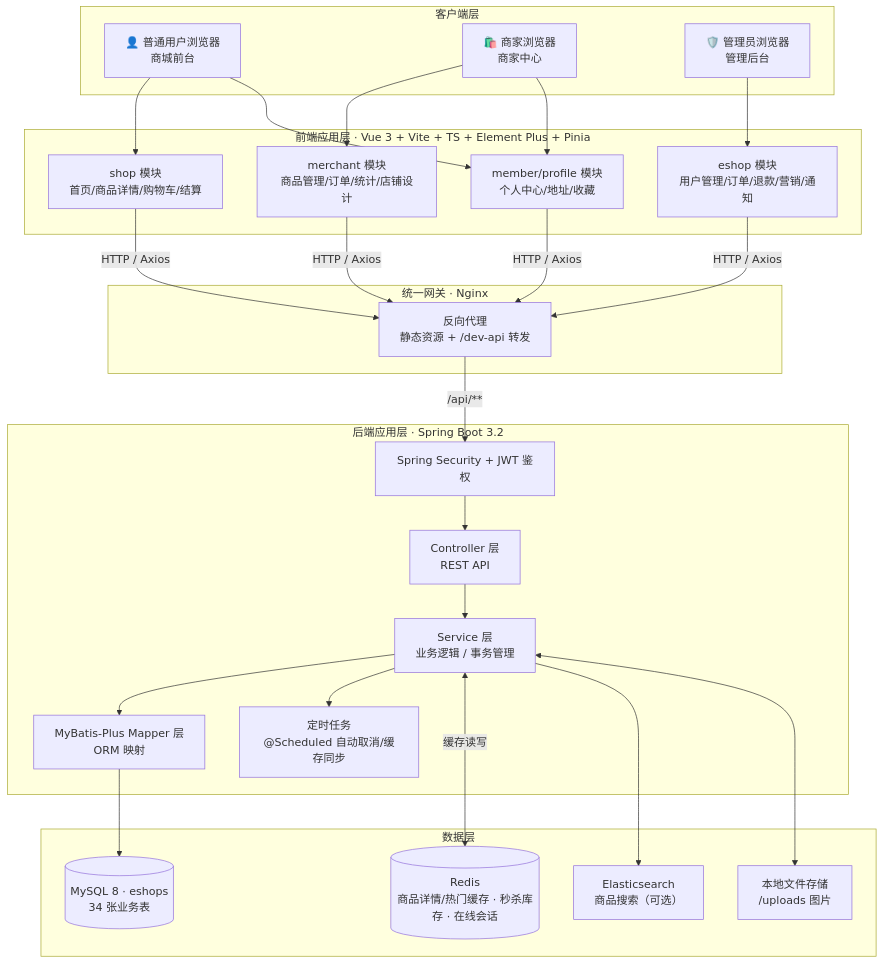
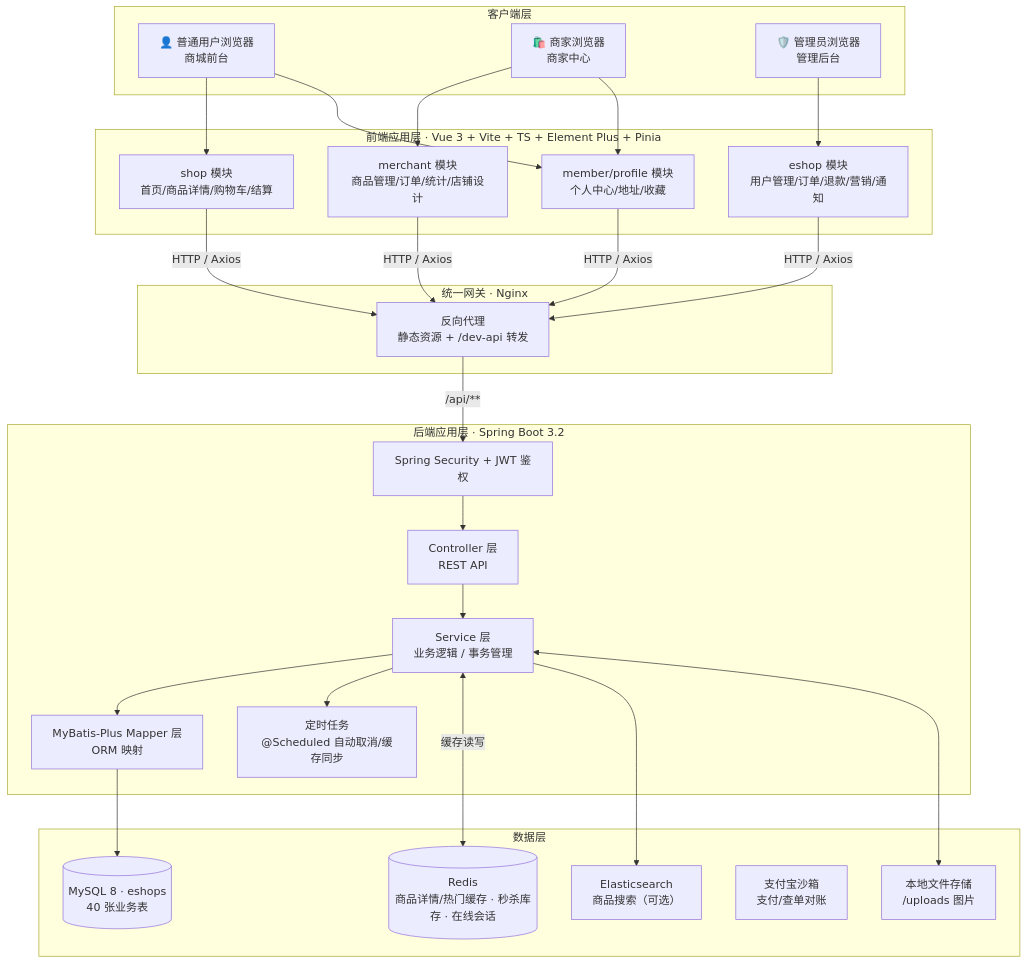
One commit to shuxinwu718-web/Eshop_front changed the first of 12 diagrams in docs/数据库设计文档.md. Above: the diagram before and after it, drawn with Mermaid. The commit also changed other lines of this file and 86 other files, not shown here.

````diff
--- a/docs/数据库设计文档.md
+++ b/docs/数据库设计文档.md
@@ -51,50 +51,51 @@
 ```mermaid
 graph TB
     subgraph Clients["客户端层"]
         U["👤 普通用户浏览器<br/>商城前台"]
         M["🛍️ 商家浏览器<br/>商家中心"]
         A["🛡️ 管理员浏览器<br/>管理后台"]
     end
 
     subgraph Frontend["前端应用层 · Vue 3 + Vite + TS + Element Plus + Pinia"]
         F1["shop 模块<br/>首页/商品详情/购物车/结算"]
         F2["merchant 模块<br/>商品管理/订单/统计/店铺设计"]
         F3["eshop 模块<br/>用户管理/订单/退款/营销/通知"]
         F4["member/profile 模块<br/>个人中心/地址/收藏"]
     end
 
     subgraph Gateway["统一网关 · Nginx"]
         G["反向代理<br/>静态资源 + /dev-api 转发"]
     end
 
     subgraph Backend["后端应用层 · Spring Boot 3.2"]
         SEC["Spring Security + JWT 鉴权"]
         C1["Controller 层<br/>REST API"]
         S1["Service 层<br/>业务逻辑 / 事务管理"]
         MAP["MyBatis-Plus Mapper 层<br/>ORM 映射"]
         SCH["定时任务<br/>@Scheduled 自动取消/缓存同步"]
     end
 
     subgraph Data["数据层"]
-        DB[("MySQL 8 · eshops<br/>34 张业务表")]
+        DB[("MySQL 8 · eshops<br/>40 张业务表")]
         RD[("Redis<br/>商品详情/热门缓存 · 秒杀库存 · 在线会话")]
         ES["Elasticsearch<br/>商品搜索（可选）"]
+        ALIPAY["支付宝沙箱<br/>支付/查单对账"]
         FILES["本地文件存储<br/>/uploads 图片"]
     end
 
     U --> F1
     M --> F2
     A --> F3
     U --> F4
     M --> F4
     F1 & F2 & F3 & F4 -->|"HTTP / Axios"| G
     G -->|"/api/**"| SEC
     SEC --> C1
     C1 --> S1
     S1 --> MAP
     S1 --> SCH
     MAP --> DB
     S1 <-->|"缓存读写"| RD
     S1 --> ES
     S1 <--> FILES
 ```
````
